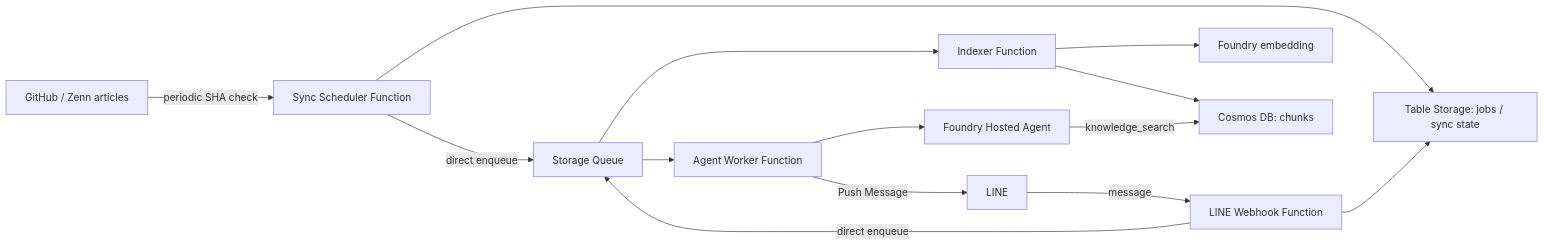
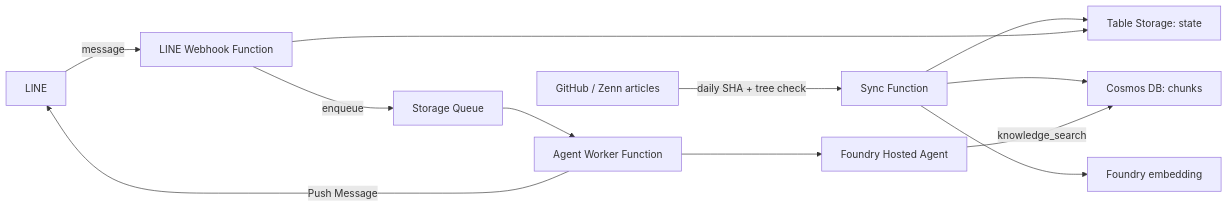
The diagram in README.md (Tomodo1773/tech-knowledge-agent), drawn with Mermaid before and after one commit. The commit also changed other lines of this file and 5 other files, not shown here.

````diff
--- a/README.md
+++ b/README.md
@@ -16,16 +16,14 @@
 ```mermaid
 flowchart LR
-  GH[GitHub / Zenn articles] -->|periodic SHA check| SYNC[Sync Scheduler Function]
-  SYNC --> T[Table Storage: jobs / sync state]
-  SYNC -->|direct enqueue| Q[Storage Queue]
-  Q --> IDX[Indexer Function]
-  IDX --> E[Foundry embedding]
-  IDX --> C[Cosmos DB: chunks]
+  GH[GitHub / Zenn articles] -->|daily SHA + tree check| SYNC[Sync Function]
+  SYNC --> E[Foundry embedding]
+  SYNC --> C[Cosmos DB: chunks]
+  SYNC --> T[Table Storage: state]
   LINE[LINE] -->|message| LWH[LINE Webhook Function]
   LWH --> T
-  LWH -->|direct enqueue| Q
+  LWH -->|enqueue| Q[Storage Queue]
   Q --> W[Agent Worker Function]
   W --> A[Foundry Hosted Agent]
   A -->|knowledge_search| C
   W -->|Push Message| LINE
 ```
````
